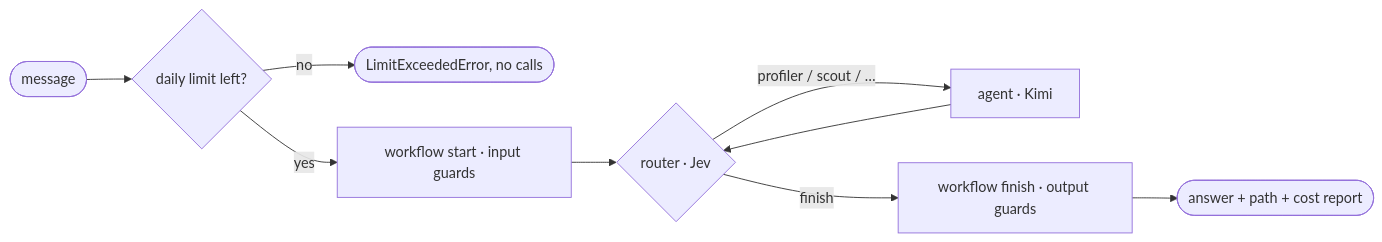
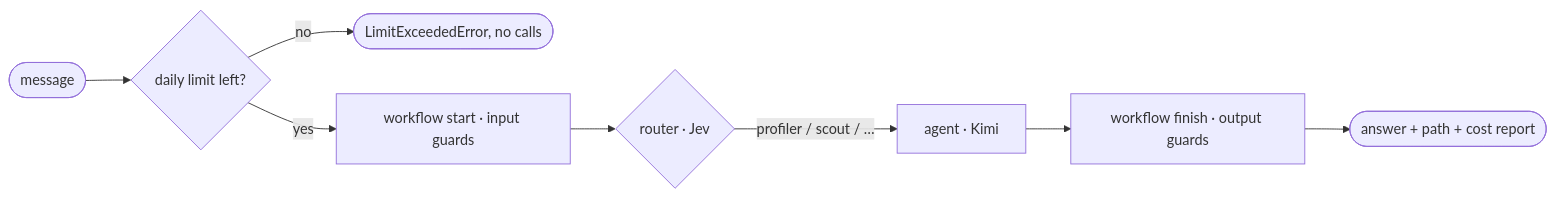
Before and after one commit to PavelRavvich/agbossjs: the diagram in Home.md, drawn with Mermaid. The commit also changed other lines of this file and 32 other files, not shown here.

First line of the commit message:
docs(#272): the flow as paths — Workflow, Path scope, Rollback, ADR-0019, routing, components, agents, CLI, changelog

````diff
--- a/Home.md
+++ b/Home.md
@@ -36,11 +36,10 @@
 ```mermaid
 flowchart LR
   T([message]) --> B{daily limit left?}
   B -- no --> X([LimitExceededError, no calls])
   B -- yes --> E[workflow start · input guards]
   E --> R{router · Jev}
   R -- profiler / scout / … --> A[agent · Kimi]
-  A --> R
-  R -- finish --> C[workflow finish · output guards]
+  A --> C[workflow finish · output guards]
   C --> O([answer + path + cost report])
 ```
````
